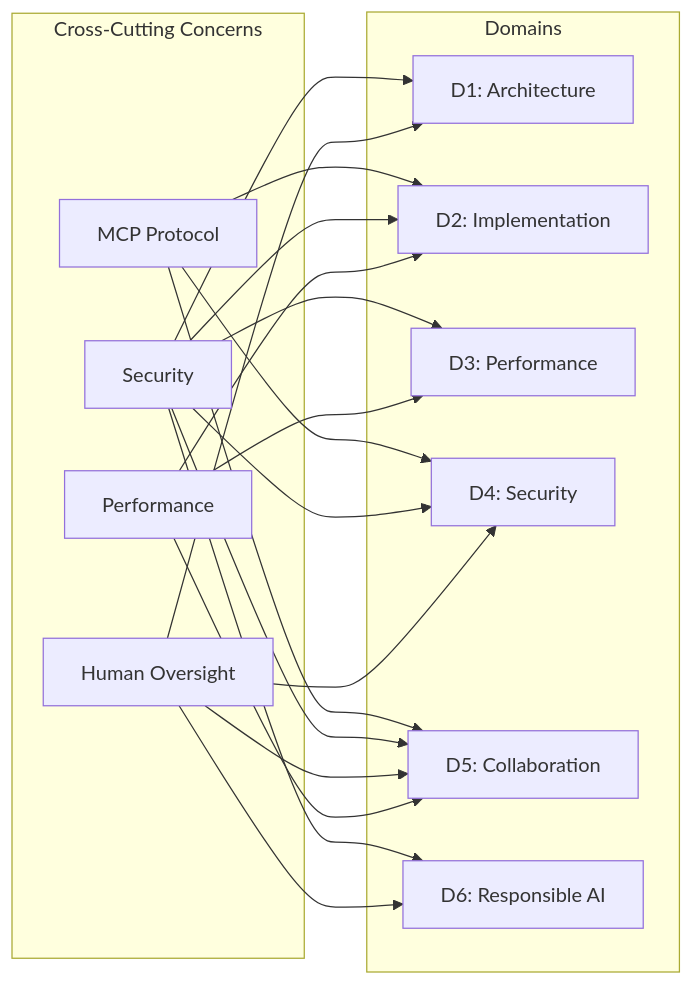
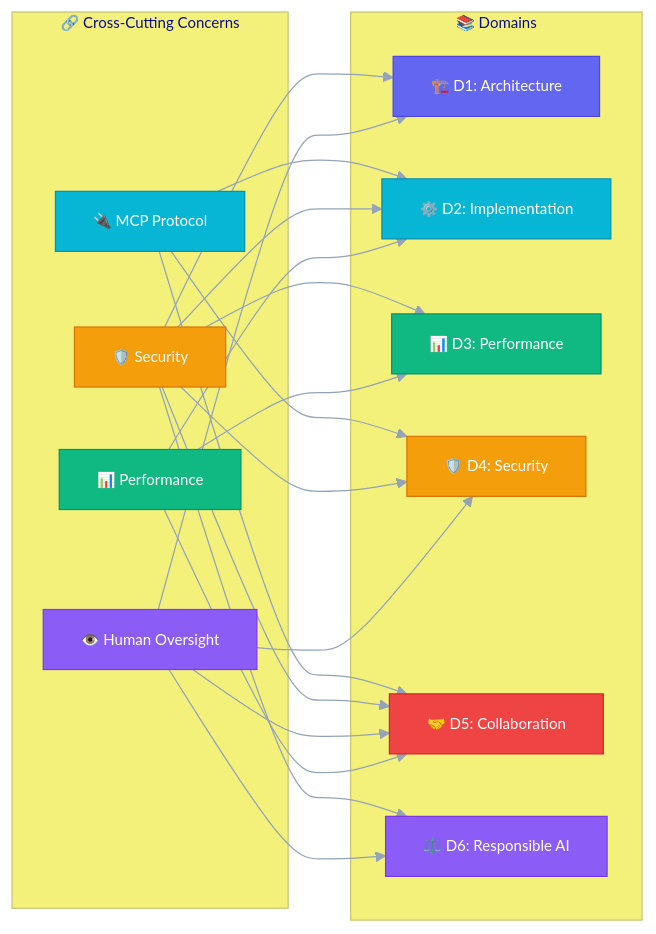
One commit to JohannesRabauer/gh-600-preparation changed diagram 12 of 12 in docs/study_notes.md. Above: the diagram before and after it, drawn with Mermaid. The commit also changed other lines of this file and 5 other files, not shown here.

First line of the commit message:
feat: add colorful animated diagrams and pictograms across study material

````diff
--- a/docs/study_notes.md
+++ b/docs/study_notes.md
@@ -1857,35 +1931,47 @@
 ```mermaid
+%%{init: {'theme': 'base', 'themeVariables': {'primaryColor': '#6366f1', 'primaryTextColor': '#fff', 'lineColor': '#94a3b8', 'fontSize': '12px'}}}%%
 graph LR
-  subgraph "Cross-Cutting Concerns"
-    MCP["MCP Protocol"]
-    SEC["Security"]
-    HO["Human Oversight"]
-    PERF["Performance"]
+  subgraph CC["🔗 Cross-Cutting Concerns"]
+    MCP["🔌 MCP Protocol"]:::mcp
+    SEC["🛡️ Security"]:::sec
+    HO["👁️ Human Oversight"]:::ho
+    PERF["📊 Performance"]:::perf
   end
 
-  subgraph "Domains"
-    D1["D1: Architecture"]
-    D2["D2: Implementation"]
-    D3["D3: Performance"]
-    D4["D4: Security"]
-    D5["D5: Collaboration"]
-    D6["D6: Responsible AI"]
+  subgraph Domains["📚 Domains"]
+    D1["🏗️ D1: Architecture"]:::d1
+    D2["⚙️ D2: Implementation"]:::d2
+    D3["📊 D3: Performance"]:::d3
+    D4["🛡️ D4: Security"]:::d4
+    D5["🤝 D5: Collaboration"]:::d5
+    D6["⚖️ D6: Responsible AI"]:::d6
   end
 
   MCP --> D2
   MCP --> D4
   MCP --> D5
   SEC --> D1
   SEC --> D2
   SEC --> D3
   SEC --> D4
   SEC --> D5
   SEC --> D6
   HO --> D1
   HO --> D4
   HO --> D5
   HO --> D6
   PERF --> D2
   PERF --> D3
   PERF --> D5
+
+  classDef mcp fill:#06b6d4,stroke:#0891b2,color:#fff
+  classDef sec fill:#f59e0b,stroke:#d97706,color:#fff
+  classDef ho fill:#8b5cf6,stroke:#7c3aed,color:#fff
+  classDef perf fill:#10b981,stroke:#059669,color:#fff
+  classDef d1 fill:#6366f1,stroke:#4f46e5,color:#fff
+  classDef d2 fill:#06b6d4,stroke:#0891b2,color:#fff
+  classDef d3 fill:#10b981,stroke:#059669,color:#fff
+  classDef d4 fill:#f59e0b,stroke:#d97706,color:#fff
+  classDef d5 fill:#ef4444,stroke:#dc2626,color:#fff
+  classDef d6 fill:#8b5cf6,stroke:#7c3aed,color:#fff
 ```
````
